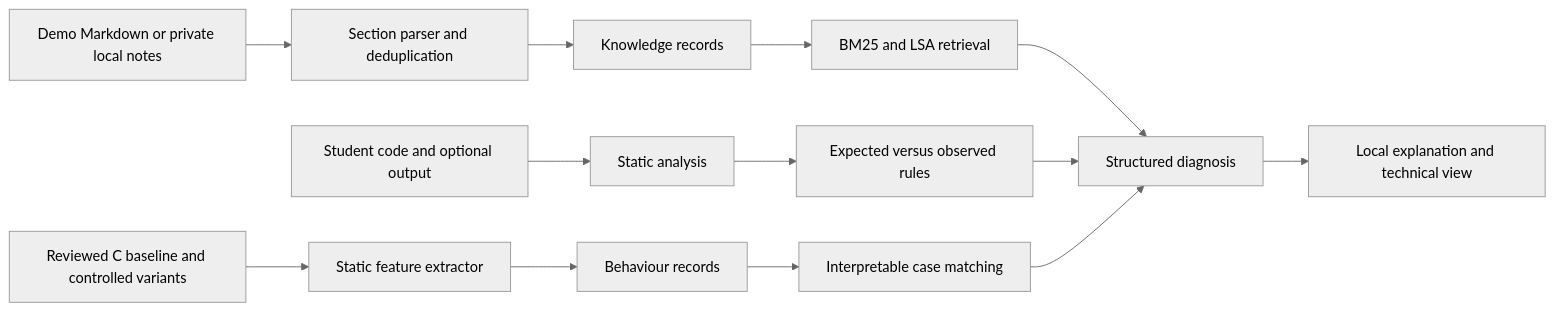
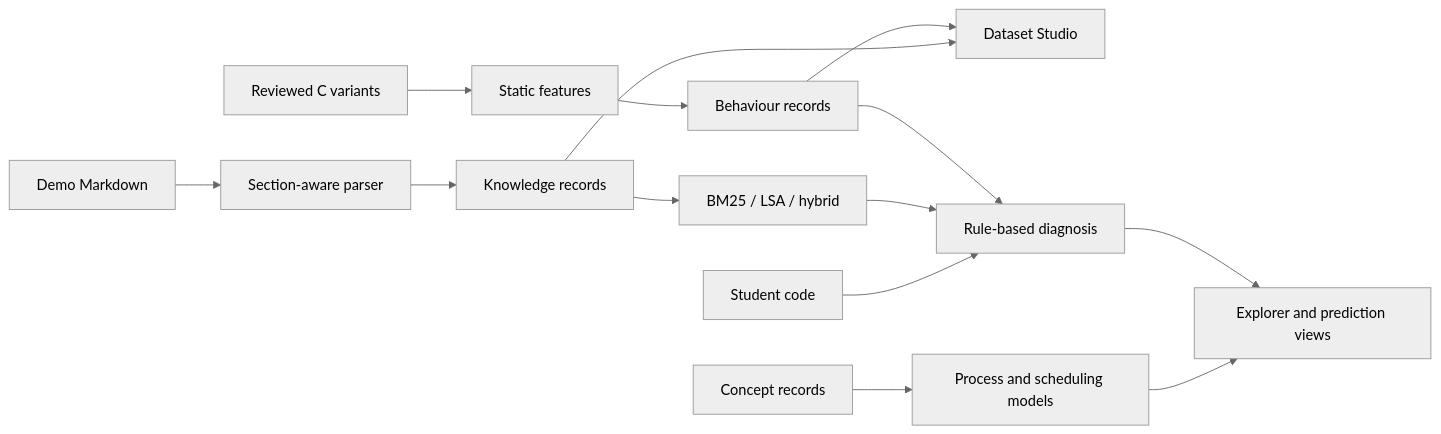
Before and after one commit to ANUJ-DESHPANDE/OSLABPROJECT: the diagram in README.md, drawn with Mermaid (neutral theme). The commit also changed other lines of this file and 8 other files, not shown here.

Commit message:
Document learning architecture, datasets, and evaluation

````diff
--- a/README.md
+++ b/README.md
@@ -22,15 +50,16 @@
 ```mermaid
 flowchart LR
-  A[Demo Markdown or private local notes] --> B[Section parser and deduplication]
+  A[Demo Markdown] --> B[Section-aware parser]
   B --> C[Knowledge records]
-  C --> D[BM25 and LSA retrieval]
-  E[Reviewed C baseline and controlled variants] --> F[Static feature extractor]
+  C --> D[BM25 / LSA / hybrid]
+  E[Reviewed C variants] --> F[Static features]
   F --> G[Behaviour records]
-  H[Student code and optional output] --> I[Static analysis]
-  I --> J[Expected versus observed rules]
-  G --> K[Interpretable case matching]
-  D --> L[Structured diagnosis]
-  J --> L
-  K --> L
-  L --> M[Local explanation and technical view]
+  C --> H[Dataset Studio]
+  G --> H
+  I[Student code] --> J[Rule-based diagnosis]
+  D --> J
+  G --> J
+  K[Concept records] --> L[Process and scheduling models]
+  L --> M[Explorer and prediction views]
+  J --> M
 ```
````
